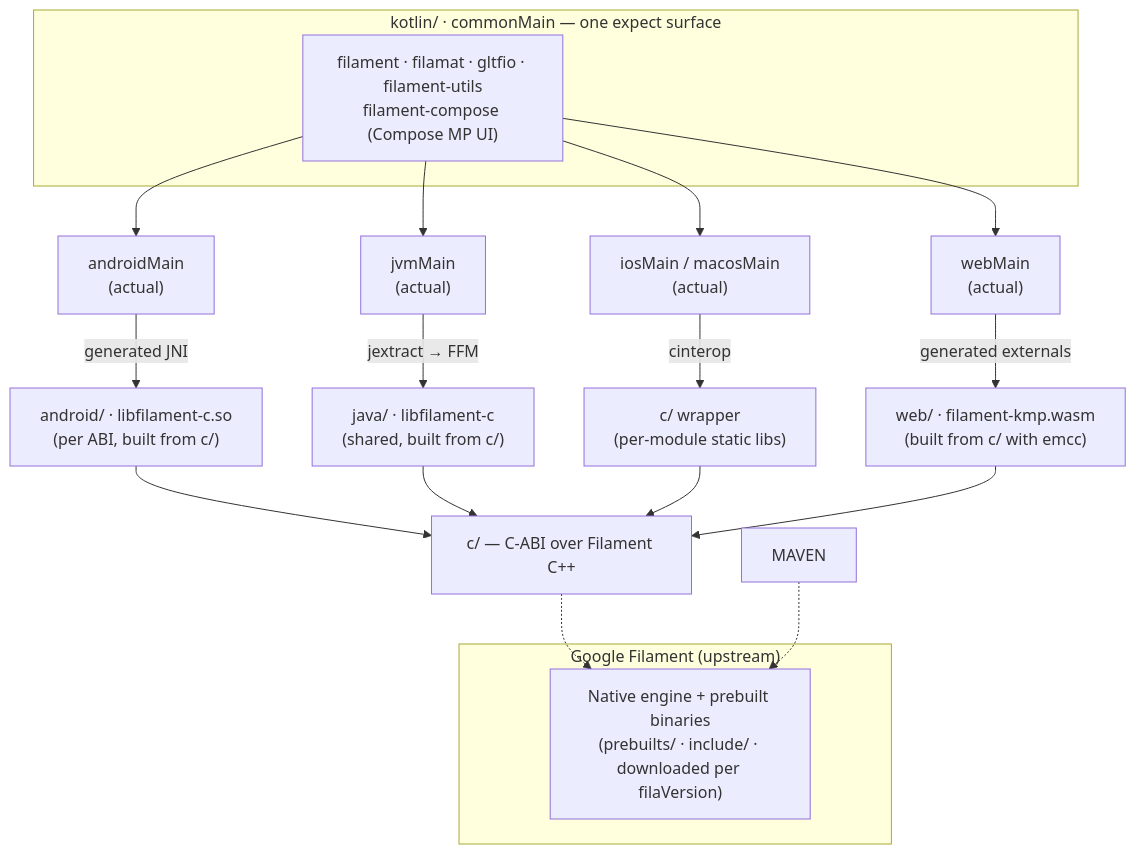
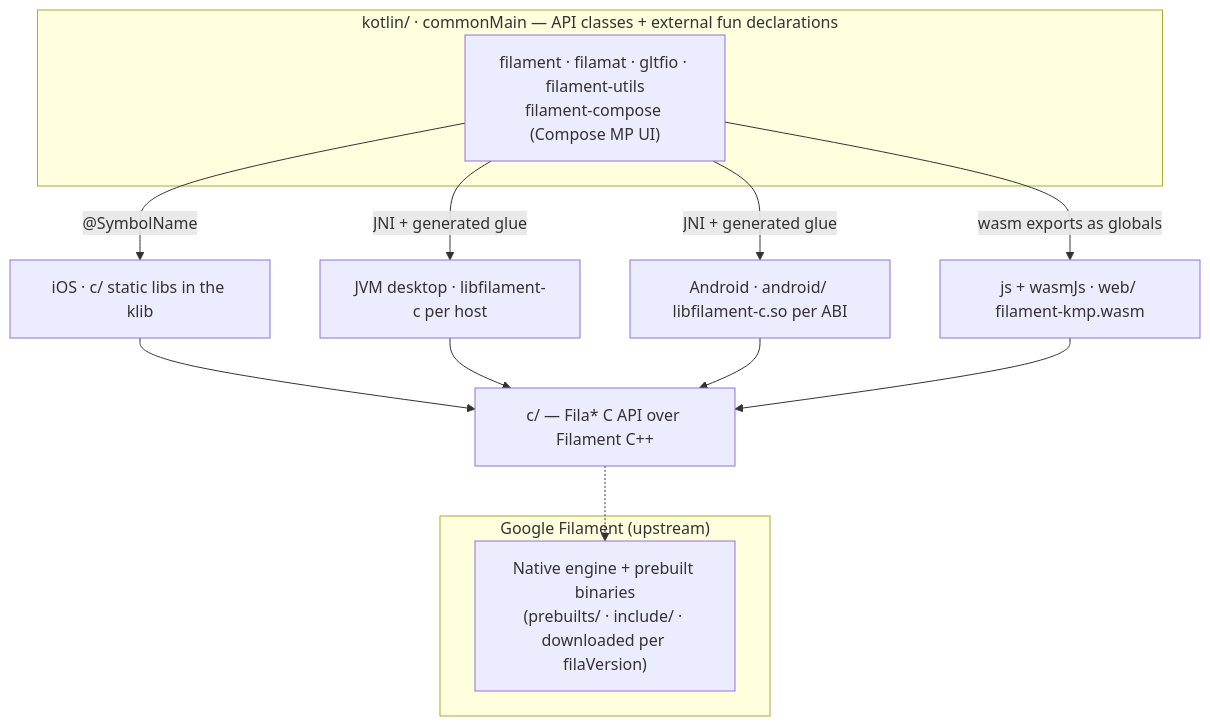
Before and after one commit to Erkko68/filament-kmp: the diagram in docs/repo-structure.md, drawn with Mermaid. The commit also changed other lines of this file and 7 other files, not shown here.

````diff
--- a/docs/repo-structure.md
+++ b/docs/repo-structure.md
@@ -11,28 +12,22 @@
 ```mermaid
 flowchart TB
-    subgraph common["kotlin/ · commonMain — one expect surface"]
+    subgraph common["kotlin/ · commonMain — API classes + external fun declarations"]
         API["filament · filamat · gltfio · filament-utils<br/>filament-compose (Compose MP UI)"]
     end
 
-    API --> AND["androidMain<br/>(actual)"]
-    API --> JVM["jvmMain<br/>(actual)"]
-    API --> NAT["iosMain / macosMain<br/>(actual)"]
-    API --> WEB["webMain<br/>(actual)"]
+    API -->|"@SymbolName"| NAT["iOS · c/ static libs in the klib"]
+    API -->|"JNI + generated glue"| JVM["JVM desktop · libfilament-c per host"]
+    API -->|"JNI + generated glue"| AND["Android · android/ libfilament-c.so per ABI"]
+    API -->|"wasm exports as globals"| WEB["js + wasmJs · web/ filament-kmp.wasm"]
 
-    AND -->|generated JNI| JNI["android/ · libfilament-c.so<br/>(per ABI, built from c/)"]
-    JVM -->|jextract → FFM| FFM["java/ · libfilament-c<br/>(shared, built from c/)"]
-    NAT -->|cinterop| CIN["c/ wrapper<br/>(per-module static libs)"]
-    WEB -->|generated externals| JS["web/ · filament-kmp.wasm<br/>(built from c/ with emcc)"]
-
-    JNI --> CWRAP["c/ — C-ABI over Filament C++"]
-    FFM --> CWRAP
-    CIN --> CWRAP
-    JS --> CWRAP
+    NAT --> CWRAP["c/ — Fila* C API over Filament C++"]
+    JVM --> CWRAP
+    AND --> CWRAP
+    WEB --> CWRAP
 
     CWRAP -.-> ENGINE
-    MAVEN -.-> ENGINE
 
     subgraph upstream["Google Filament (upstream)"]
         ENGINE["Native engine + prebuilt binaries<br/>(prebuilts/ · include/ · downloaded per filaVersion)"]
     end
 ```
````
